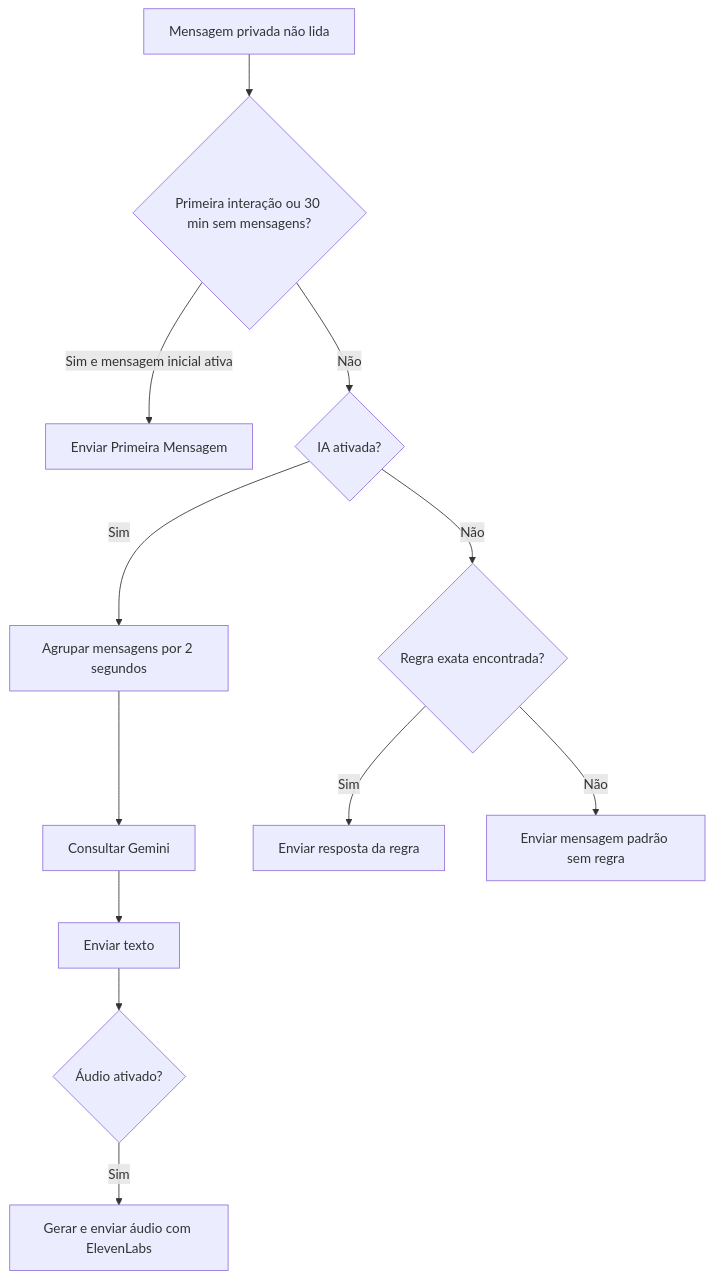
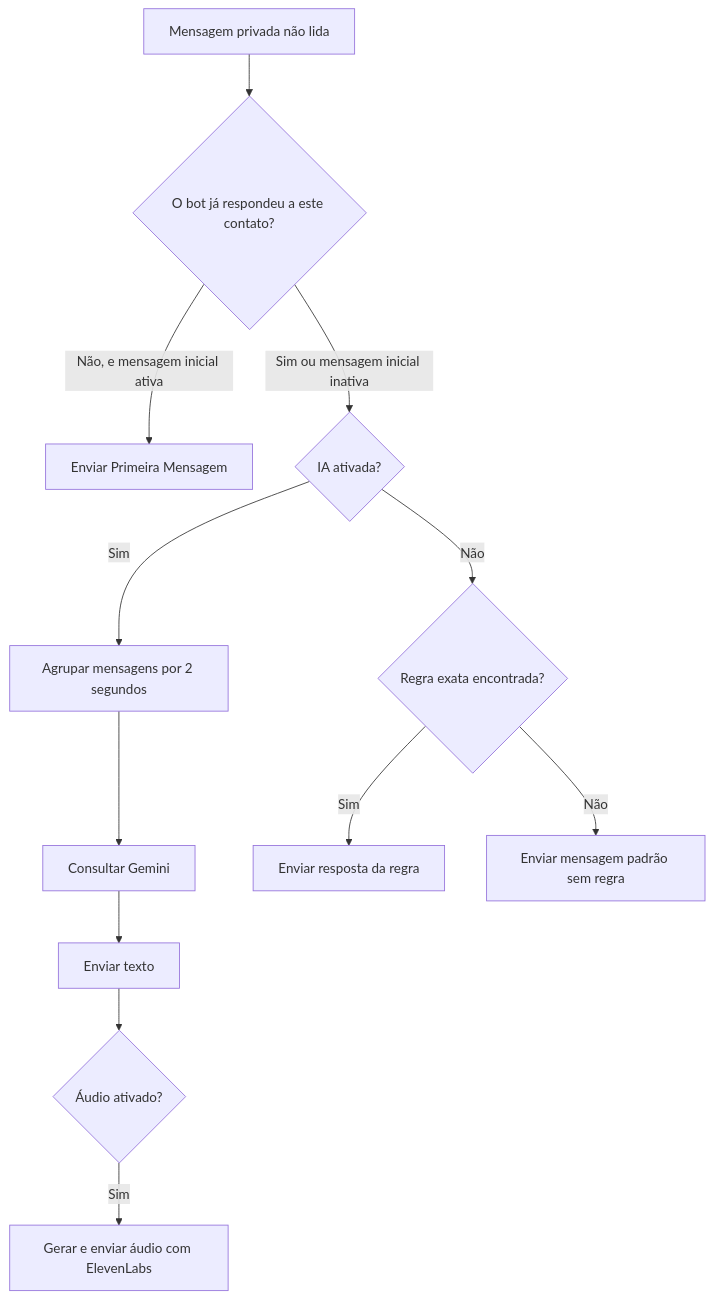
One commit to louro2023/ChatbotcomIA changed the diagram in README.md. Above: the diagram before and after it, drawn with Mermaid. The commit also changed other lines of this file and 11 other files, not shown here.

````diff
--- a/README.md
+++ b/README.md
@@ -28,14 +28,14 @@
 ```mermaid
 flowchart TD
-    A[Mensagem privada não lida] --> B{Primeira interação ou 30 min sem mensagens?}
-    B -->|Sim e mensagem inicial ativa| C[Enviar Primeira Mensagem]
-    B -->|Não| D{IA ativada?}
+    A[Mensagem privada não lida] --> B{O bot já respondeu a este contato?}
+    B -->|Não, e mensagem inicial ativa| C[Enviar Primeira Mensagem]
+    B -->|Sim ou mensagem inicial inativa| D{IA ativada?}
     D -->|Sim| E[Agrupar mensagens por 2 segundos]
     E --> F[Consultar Gemini]
     F --> G[Enviar texto]
     G --> H{Áudio ativado?}
     H -->|Sim| I[Gerar e enviar áudio com ElevenLabs]
     D -->|Não| J{Regra exata encontrada?}
     J -->|Sim| K[Enviar resposta da regra]
     J -->|Não| L[Enviar mensagem padrão sem regra]
 ```
````
